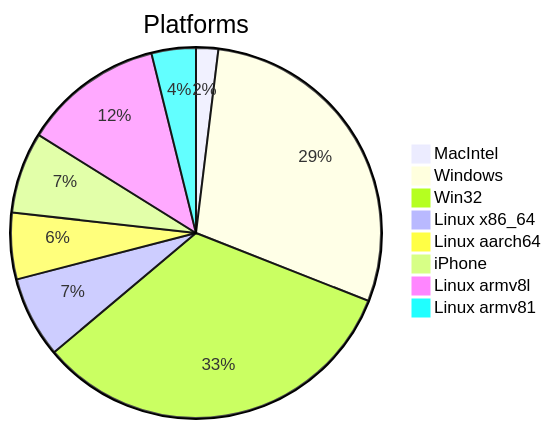
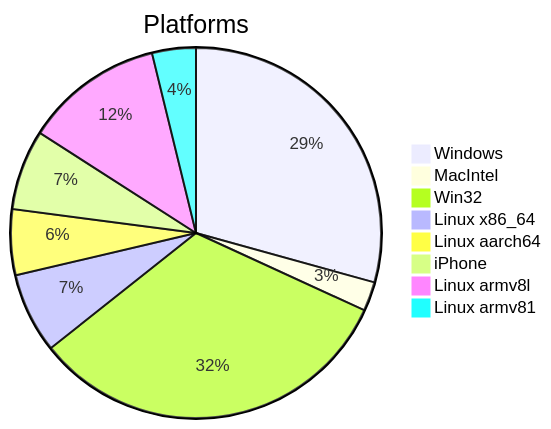
Before and after one commit to Krugou/socials: the first of 2 diagrams in DATA_REPORT.md, drawn with Mermaid. The commit also changed other lines of this file and 2 other files, not shown here.

````diff
--- a/DATA_REPORT.md
+++ b/DATA_REPORT.md
@@ -9,11 +9,11 @@
 ```mermaid
 pie title Platforms
-    "MacIntel" : 3
-    "Windows" : 45
+    "Windows" : 46
+    "MacIntel" : 4
     "Win32" : 51
     "Linux x86_64" : 11
     "Linux aarch64" : 9
     "iPhone" : 11
     "Linux armv8l" : 19
     "Linux armv81" : 6
 ```
````
